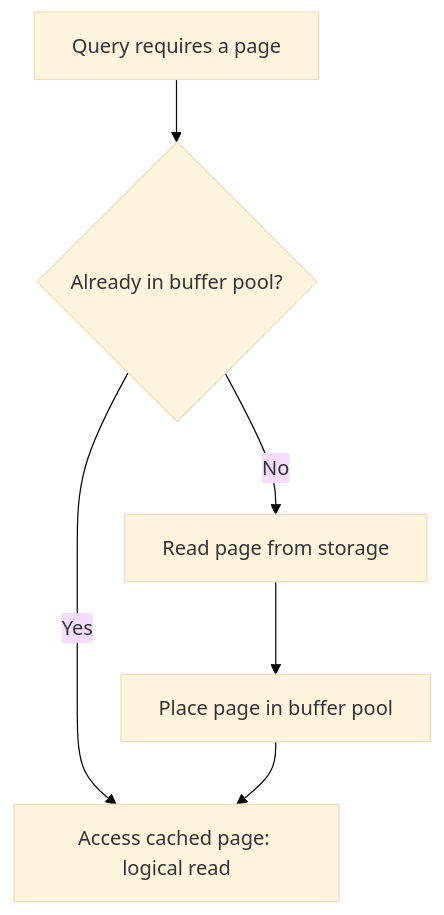
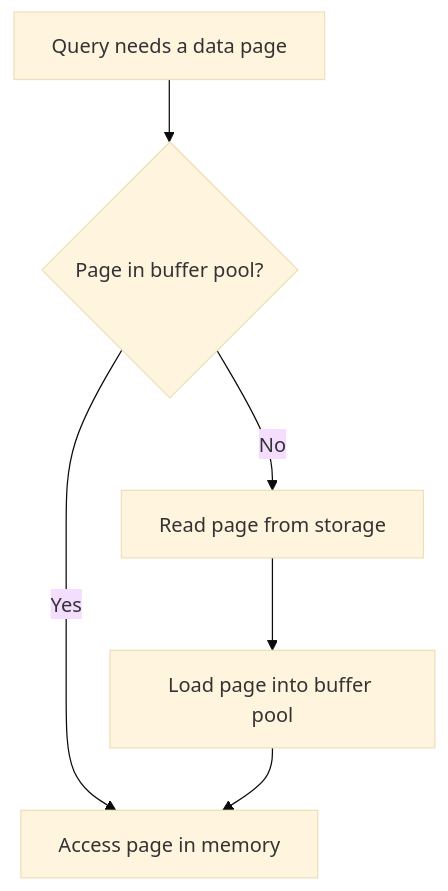
Before and after one commit to tjovic/database-design-labs-public: the first of 6 diagrams in labs/lab05-physical-storage.md, drawn with Mermaid (base theme). The commit also changed other lines of this file, not shown here.

````diff
--- a/labs/lab05-physical-storage.md
+++ b/labs/lab05-physical-storage.md
@@ -927,8 +946,8 @@
 ```mermaid
 flowchart TD
-    A[Query requires a page] --> B{Already in buffer pool?}
-    B -->|Yes| C[Access cached page: logical read]
-    B -->|No| D[Read page from storage]
-    D --> E[Place page in buffer pool]
+    A["Query needs a data page"] --> B{"Page in buffer pool?"}
+    B -->|Yes| C["Access page in memory"]
+    B -->|No| D["Read page from storage"]
+    D --> E["Load page into buffer pool"]
     E --> C
 ```
````
